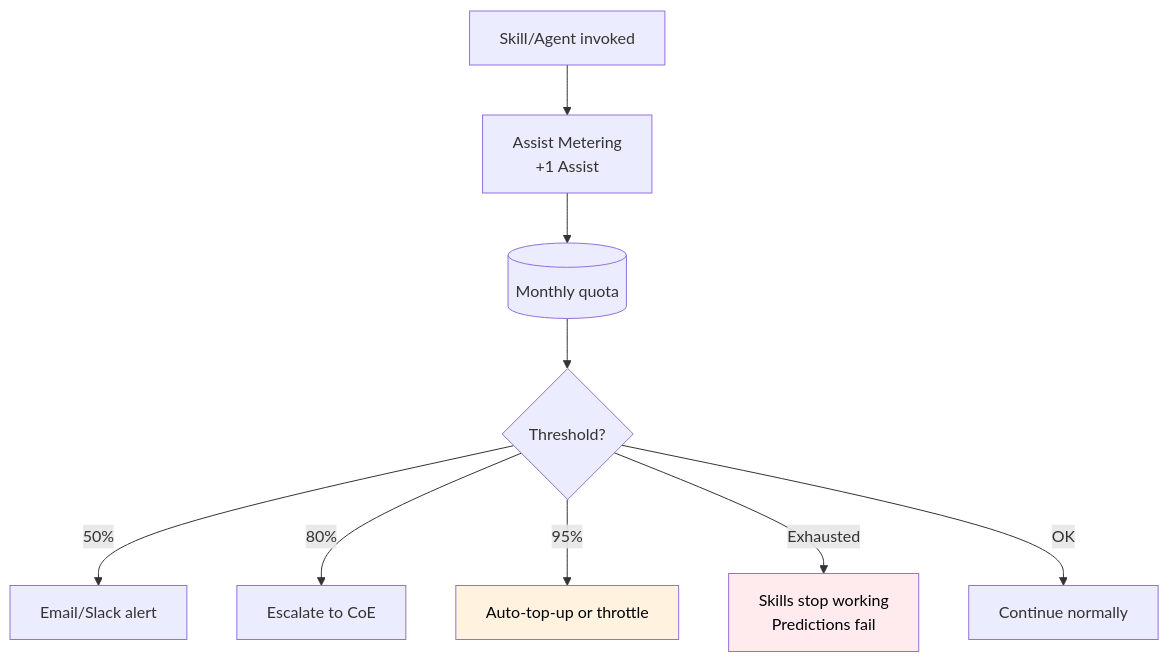
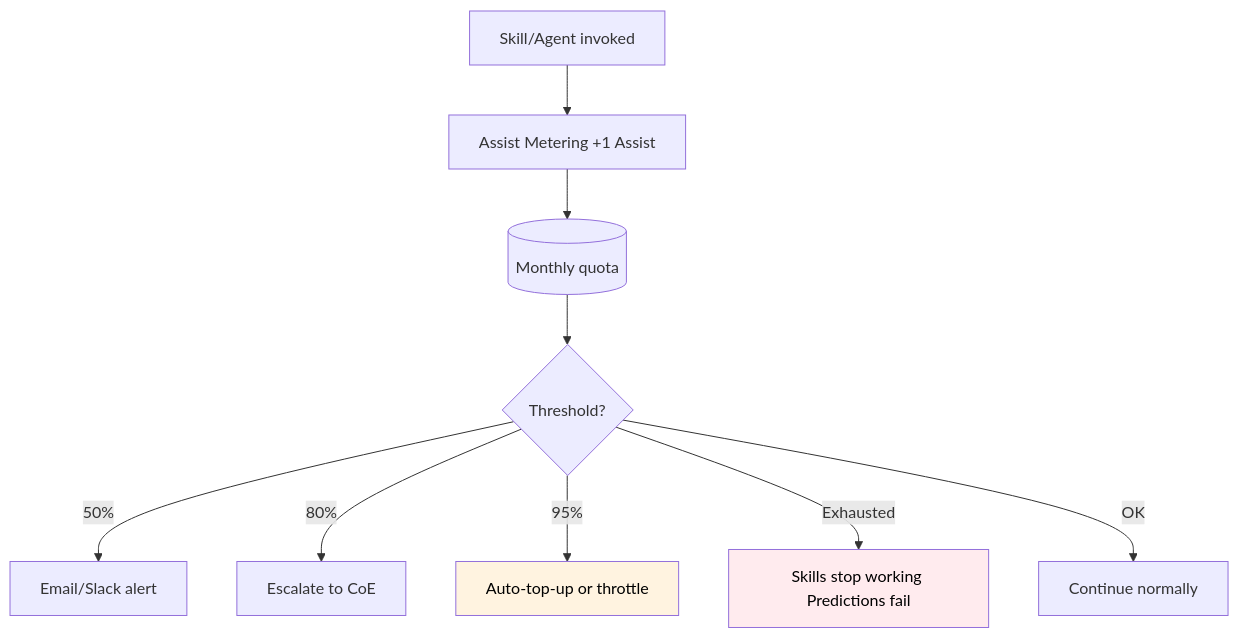
The sixth of 6 diagrams in docs/modules/ai/ai-guide.md (eltonaguiar/ServiceNow_Learning_TSOM-_CSM_FSM_SalesCRM_HAM_ITSM), drawn with Mermaid before and after one commit. The commit also changed other lines of this file and 11 other files, not shown here.

First line of the commit message:
Fix all mermaid diagrams: remove br/ tags that break rendering on GitHub Pages

````diff
--- a/docs/modules/ai/ai-guide.md
+++ b/docs/modules/ai/ai-guide.md
@@ -936,14 +936,14 @@
 ```mermaid
 flowchart TD
-    Invoke[Skill/Agent invoked] --> Meter[Assist Metering<br/>+1 Assist]
+    Invoke[Skill/Agent invoked] --> Meter[Assist Metering +1 Assist]
     Meter --> Quota[(Monthly quota)]
     Quota --> Check{Threshold?}
     Check -->|50%| Alert1[Email/Slack alert]
     Check -->|80%| Alert2[Escalate to CoE]
     Check -->|95%| Alert3[Auto-top-up or throttle]
-    Check -->|Exhausted| Block[Skills stop working<br/>Predictions fail]
+    Check -->|Exhausted| Block[Skills stop working Predictions fail]
     Check -->|OK| Continue[Continue normally]
 
     style Block fill:#ffebee,color:#000
     style Alert3 fill:#fff3e0,color:#000
 ```
````
